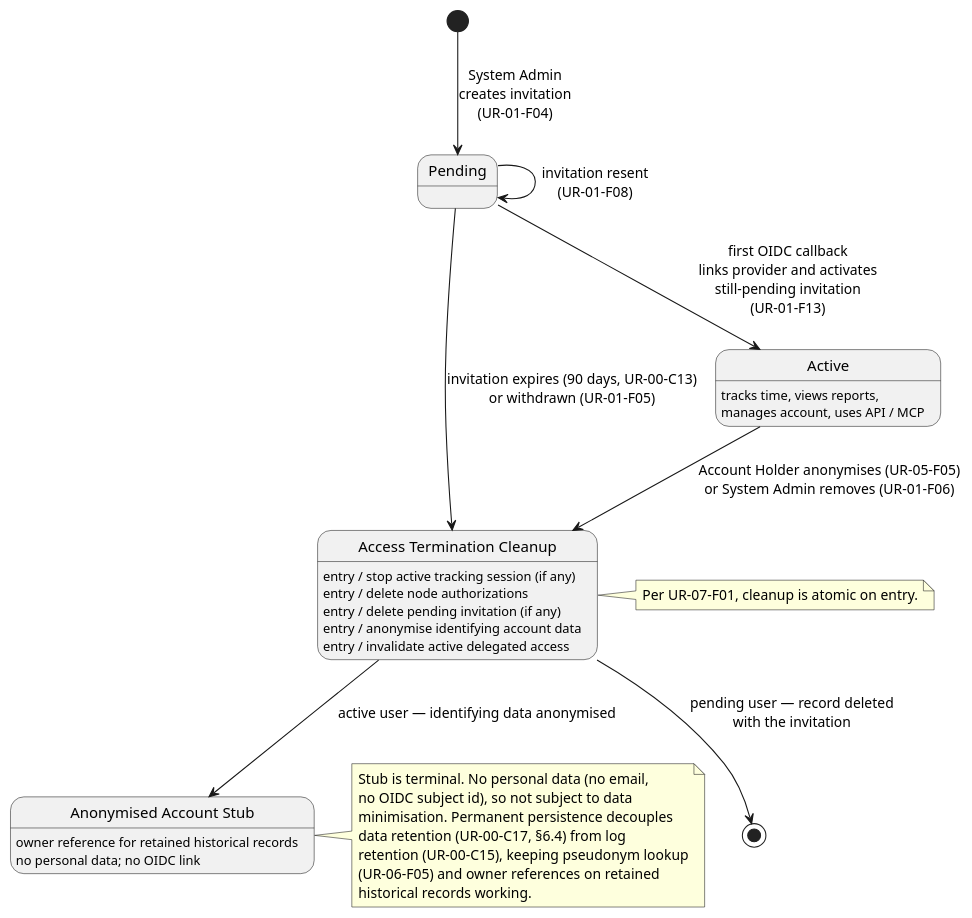
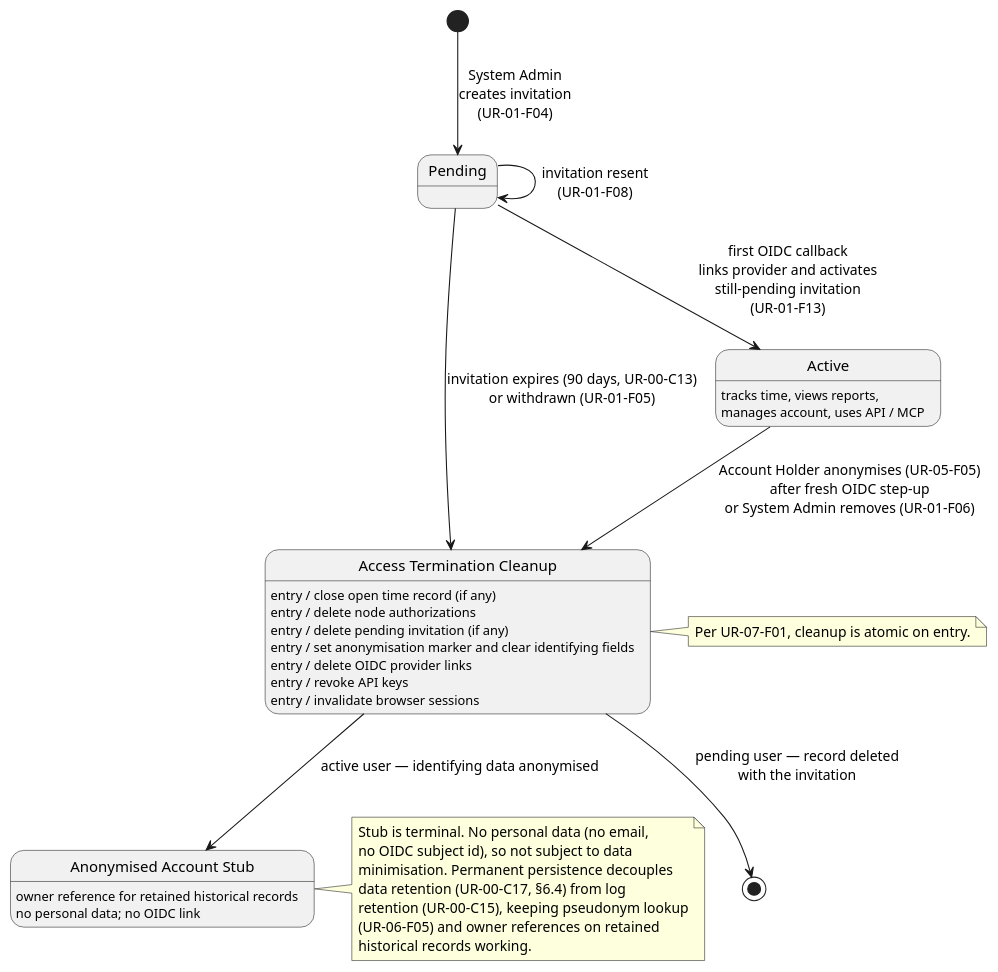
One commit to uCore7/trawhile changed diagram 15 of 15 in docs/architecture.md. Above: the diagram before and after it, drawn with PlantUML. The commit also changed other lines of this file and 6 other files, not shown here.

````diff
--- a/docs/architecture.md
+++ b/docs/architecture.md
@@ -933,47 +901,49 @@
 ```plantuml
 @startuml
 [*] --> Pending : System Admin\ncreates invitation\n(UR-01-F04)
 
 Pending --> Pending : invitation resent\n(UR-01-F08)
 
 Pending --> Active : first OIDC callback\nlinks provider and activates\nstill-pending invitation\n(UR-01-F13)
 
 state Active {
   Active : tracks time, views reports,\nmanages account, uses API / MCP
 }
 
 Pending --> AccessTerminationCleanup : invitation expires (90 days, UR-00-C13)\nor withdrawn (UR-01-F05)
-Active  --> AccessTerminationCleanup : Account Holder anonymises (UR-05-F05)\nor System Admin removes (UR-01-F06)
+Active  --> AccessTerminationCleanup : Account Holder anonymises (UR-05-F05)\nafter fresh OIDC step-up\nor System Admin removes (UR-01-F06)
 
 state "Access Termination Cleanup" as AccessTerminationCleanup {
-  AccessTerminationCleanup : entry / stop active tracking session (if any)
+  AccessTerminationCleanup : entry / close open time record (if any)
   AccessTerminationCleanup : entry / delete node authorizations
   AccessTerminationCleanup : entry / delete pending invitation (if any)
-  AccessTerminationCleanup : entry / anonymise identifying account data
-  AccessTerminationCleanup : entry / invalidate active delegated access
+  AccessTerminationCleanup : entry / set anonymisation marker and clear identifying fields
+  AccessTerminationCleanup : entry / delete OIDC provider links
+  AccessTerminationCleanup : entry / revoke API keys
+  AccessTerminationCleanup : entry / invalidate browser sessions
 }
 
 AccessTerminationCleanup --> [*]  : pending user — record deleted\nwith the invitation
 AccessTerminationCleanup --> Stub : active user — identifying data anonymised
 
 state "Anonymised Account Stub" as Stub {
   Stub : owner reference for retained historical records
   Stub : no personal data; no OIDC link
 }
 
 note right of AccessTerminationCleanup
   Per UR-07-F01, cleanup is atomic on entry.
 end note
 
 note right of Stub
   Stub is terminal. No personal data (no email,
   no OIDC subject id), so not subject to data
   minimisation. Permanent persistence decouples
   data retention (UR-00-C17, §6.4) from log
   retention (UR-00-C15), keeping pseudonym lookup
   (UR-06-F05) and owner references on retained
   historical records working.
 end note
 
 @enduml
 ```
````
